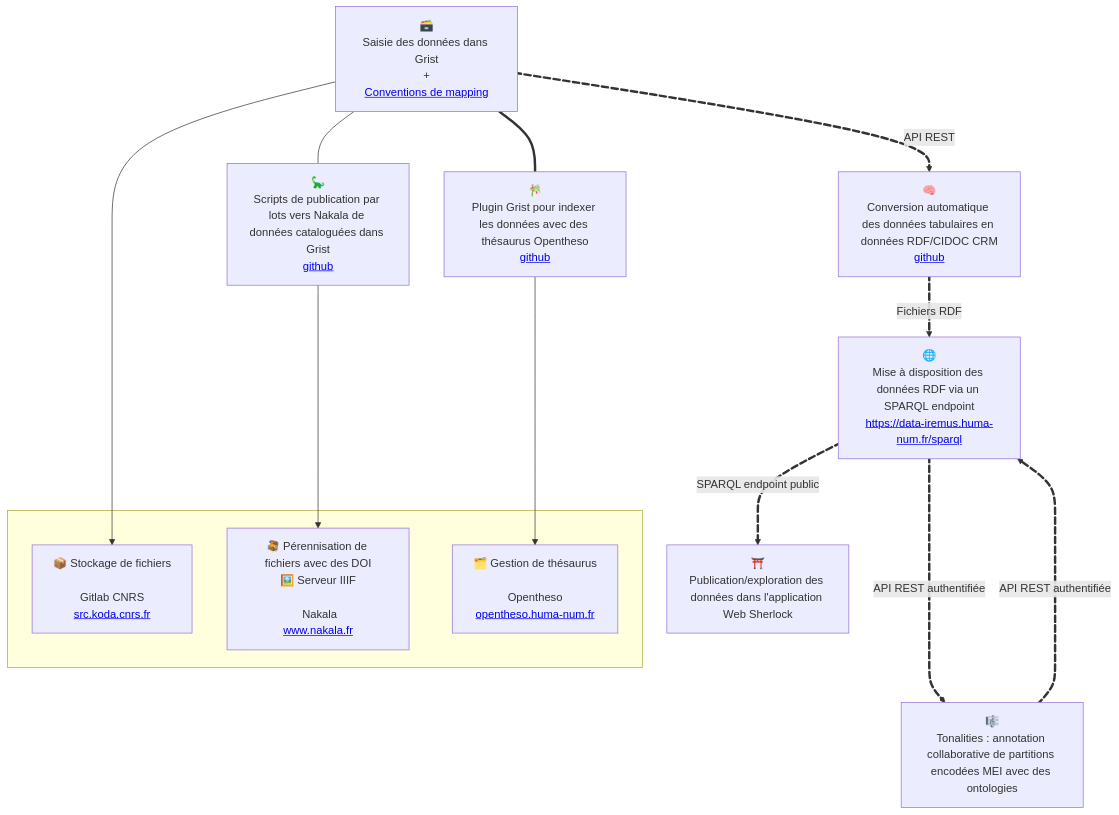
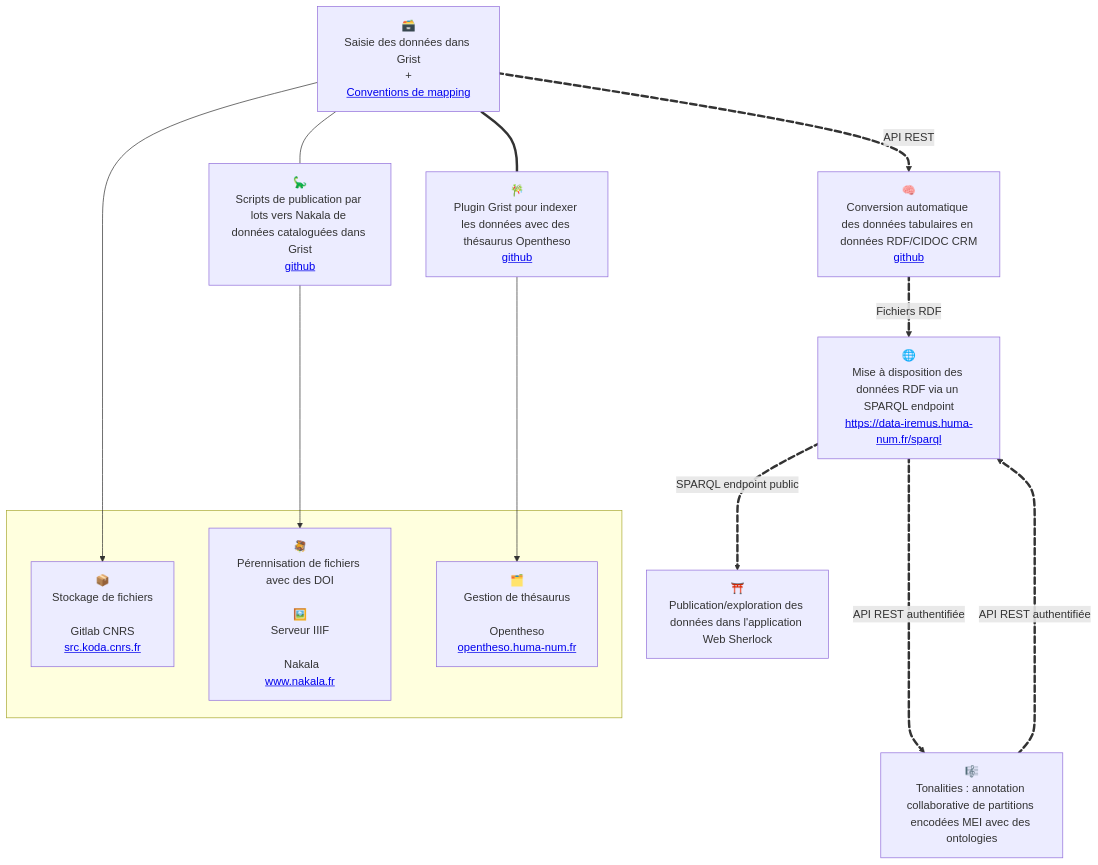
One commit to sherlock-iremus/sherlock changed the diagram in README.md. Above: the diagram before and after it, drawn with Mermaid. The commit also changed other lines of this file, not shown here.

````diff
--- a/README.md
+++ b/README.md
@@ -48,34 +58,34 @@
 ```mermaid
     flowchart TB
     
     subgraph  
-    koda[📦 Stockage de fichiers<br><br>Gitlab CNRS<br><a href="https://src.koda.cnrs.fr/">src.koda.cnrs.fr</a>]
-    nakala[🪎 Pérennisation de fichiers avec des DOI<br>🖼️ Serveur IIIF<br><br> Nakala<br><a href="https://www.nakala.fr/">www.nakala.fr</a>]
-    hnot[🗂️ Gestion de thésaurus<br><br>Opentheso<br><a href="https://opentheso.huma-num.fr/">opentheso.huma-num.fr</a>]
+    koda[📦<br>Stockage de fichiers<br><br>Gitlab CNRS<br><a href="https://src.koda.cnrs.fr/">src.koda.cnrs.fr</a>]
+    nakala[🪎<br>Pérennisation de fichiers avec des DOI<br><br>🖼️<br>Serveur IIIF<br><br> Nakala<br><a href="https://www.nakala.fr/">www.nakala.fr</a>]
+    hnot[🗂️<br>Gestion de thésaurus<br><br>Opentheso<br><a href="https://opentheso.huma-num.fr/">opentheso.huma-num.fr</a>]
     end
     
     grist[🗃️<br>Saisie des données dans Grist<br>+<br><a href="https://github.com/sherlock-iremus/sherlock-grist-to-crm/blob/main/doc/mapping.md">Conventions de mapping</a>]
     sdnakala[🦕<br>Scripts de publication par lots vers Nakala de données cataloguées dans Grist<br><a href="https://github.com/sherlock-iremus/sherlock-deno">github</a>]
     gop[🎋<br>Plugin Grist pour indexer les données avec des thésaurus Opentheso<br><a href="https://github.com/sherlock-iremus/sherlock-grist-opentheso-plugin">github</a>]
     scripts[🧠<br>Conversion automatique des données tabulaires en données RDF/CIDOC CRM<br><a href="https://github.com/sherlock-iremus/sherlock-grist-to-crm">github</a>]
     sparql[🌐<br>Mise à disposition des données RDF via un SPARQL endpoint<br><a href="https://data-iremus.huma-num.fr/sparql">https://data-iremus.huma-num.fr/sparql</a>]
     sherlock[⛩️<br>Publication/exploration des données dans l'application Web Sherlock]
     tonalities[🎼<br>Tonalities : annotation collaborative de partitions encodées MEI avec des ontologies]
 
     grist e1@==>|API REST| scripts
     scripts e2@==>|Fichiers RDF| sparql
     sparql e3@==>|SPARQL endpoint public| sherlock
     sparql e4@===>|API REST authentifiée| tonalities 
     tonalities e5@===>|API REST authentifiée| sparql
 
 
     e1@{ animate: true }
     e2@{ animate: true }
     e3@{ animate: true }
     e4@{ animate: true }
     e5@{ animate: true }
     
     grist ---> koda
     grist === gop ---> hnot
     grist --- sdnakala ---> nakala
 ```
````
